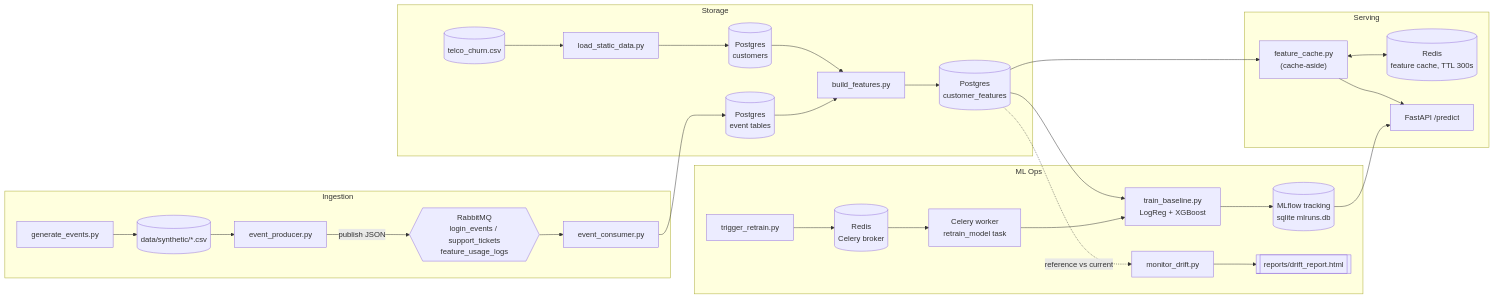
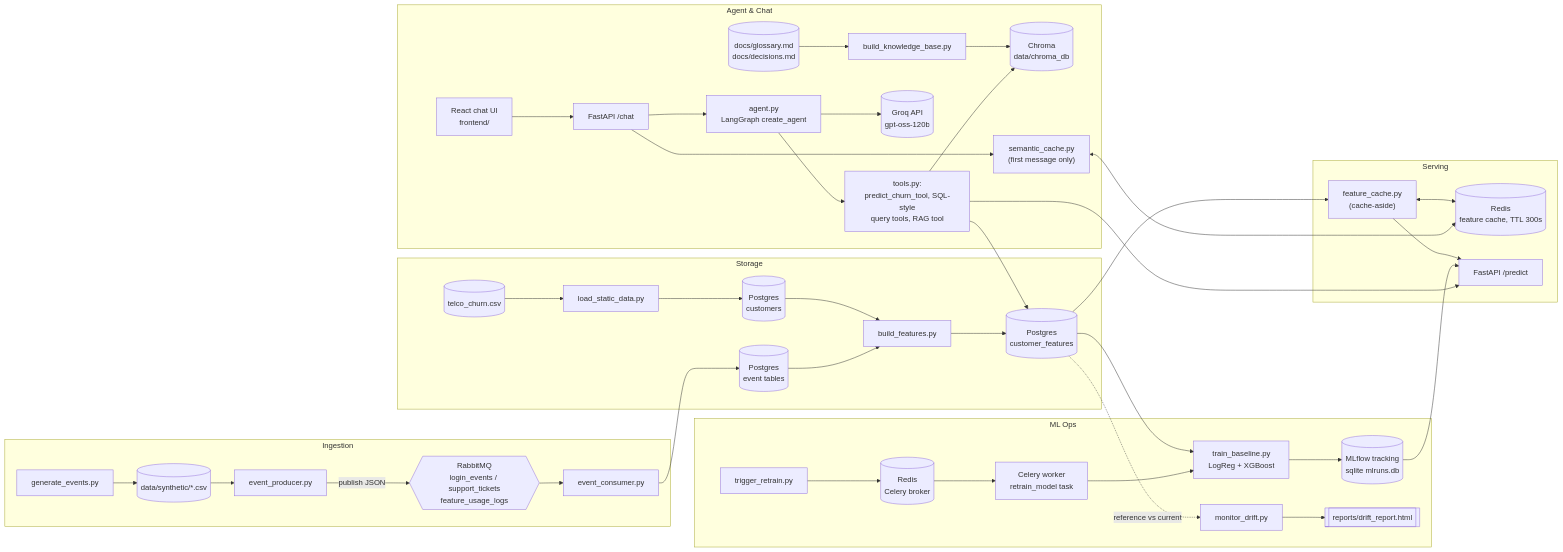
The diagram in README.md (Harishchand83077/ml-insight-platform), drawn with Mermaid before and after one commit. The commit also changed other lines of this file and 1 other file, not shown here.

````diff
--- a/README.md
+++ b/README.md
@@ -18,35 +22,49 @@
 ```mermaid
 flowchart LR
     subgraph Ingestion
         GEN["generate_events.py"] --> CSV[("data/synthetic/*.csv")]
         CSV --> PROD["event_producer.py"]
         PROD -->|publish JSON| MQ{{"RabbitMQ<br/>login_events / support_tickets<br/>feature_usage_logs"}}
         MQ --> CONS["event_consumer.py"]
     end
 
     subgraph Storage
         RAW[("telco_churn.csv")] --> LOAD["load_static_data.py"]
         LOAD --> PGC[("Postgres<br/>customers")]
         CONS --> PGE[("Postgres<br/>event tables")]
         PGC --> FEAT["build_features.py"]
         PGE --> FEAT
         FEAT --> PGF[("Postgres<br/>customer_features")]
     end
 
     subgraph Serving
         PGF --> CACHE["feature_cache.py<br/>(cache-aside)"]
         CACHE <--> REDIS[("Redis<br/>feature cache, TTL 300s")]
         CACHE --> API["FastAPI /predict"]
     end
 
     subgraph "ML Ops"
         PGF --> TRAIN["train_baseline.py<br/>LogReg + XGBoost"]
         TRAIN --> MLF[("MLflow tracking<br/>sqlite mlruns.db")]
         MLF --> API
         PGF -.reference vs current.-> DRIFT["monitor_drift.py"]
         DRIFT --> REPORT[["reports/drift_report.html"]]
         TRIG["trigger_retrain.py"] --> BROKER[("Redis<br/>Celery broker")]
         BROKER --> WORKER["Celery worker<br/>retrain_model task"]
         WORKER --> TRAIN
     end
+
+    subgraph "Agent & Chat"
+        DOCS[("docs/glossary.md<br/>docs/decisions.md")] --> KB["build_knowledge_base.py"]
+        KB --> CHROMA[("Chroma<br/>data/chroma_db")]
+        UI["React chat UI<br/>frontend/"] --> CHAT["FastAPI /chat"]
+        CHAT --> SEMCACHE["semantic_cache.py<br/>(first message only)"]
+        SEMCACHE <--> REDIS
+        CHAT --> AGENT["agent.py<br/>LangGraph create_agent"]
+        AGENT --> GROQ[("Groq API<br/>gpt-oss-120b")]
+        AGENT --> TOOLS["tools.py:<br/>predict_churn_tool, SQL-style<br/>query tools, RAG tool"]
+        TOOLS --> API
+        TOOLS --> PGF
+        TOOLS --> CHROMA
+    end
 ```
````
